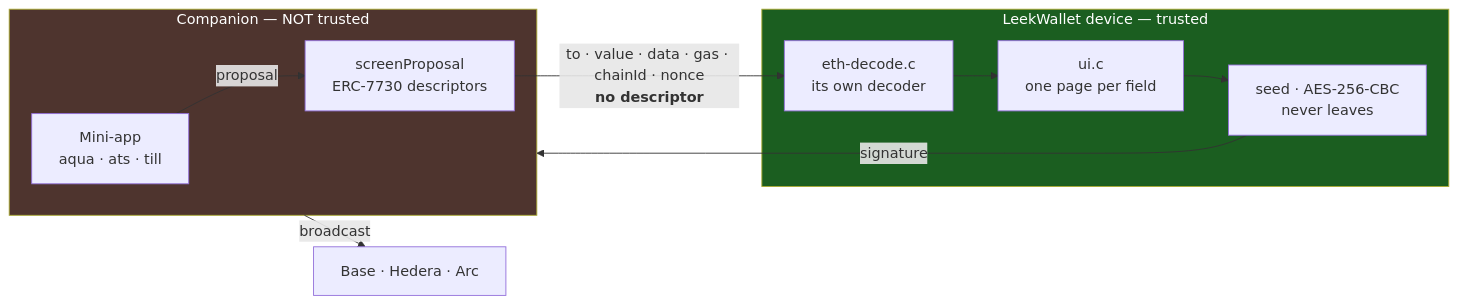
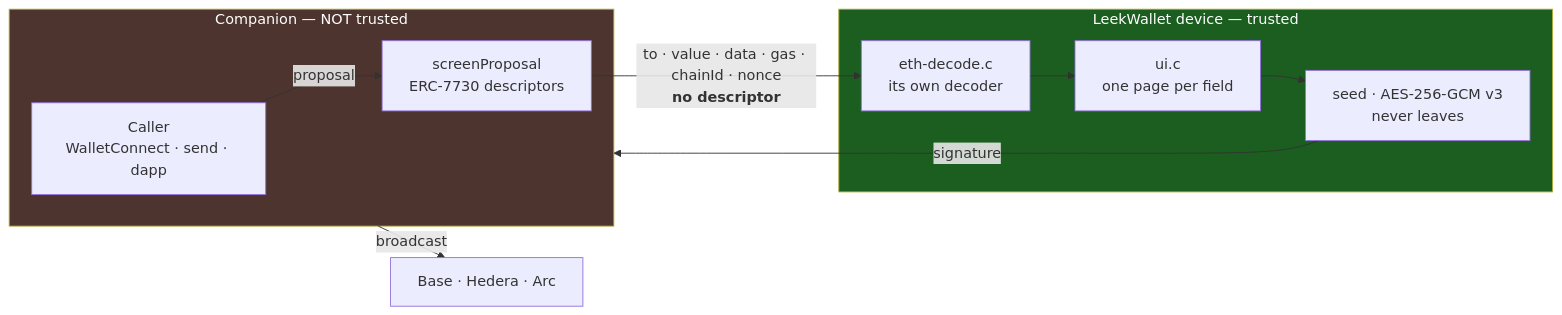
The first of 5 diagrams in docs/ARCHITECTURE.md (0xOucan/LeekWallet), drawn with Mermaid before and after one commit. The commit also changed other lines of this file, not shown here.

First line of the commit message:
Correct the architecture doc and place the QR path

````diff
--- a/docs/ARCHITECTURE.md
+++ b/docs/ARCHITECTURE.md
@@ -20,22 +20,22 @@
 ```mermaid
 flowchart LR
     subgraph HOST["Companion — NOT trusted"]
-        APP["Mini-app<br/>aqua · ats · till"]
+        APP["Caller<br/>WalletConnect · send · dapp"]
         SCREEN["screenProposal<br/>ERC-7730 descriptors"]
         APP -->|"proposal"| SCREEN
     end
 
     subgraph DEV["LeekWallet device — trusted"]
         DEC["eth-decode.c<br/>its own decoder"]
         PAGES["ui.c<br/>one page per field"]
-        KEY["seed · AES-256-CBC<br/>never leaves"]
+        KEY["seed · AES-256-GCM v3<br/>never leaves"]
         DEC --> PAGES --> KEY
     end
 
     SCREEN -->|"to · value · data · gas · chainId · nonce<br/><b>no descriptor</b>"| DEC
     KEY -->|"signature"| HOST
     HOST -->|"broadcast"| CHAIN["Base · Hedera · Arc"]
 
     style DEV fill:#1b5e20,color:#fff
     style HOST fill:#4e342e,color:#fff
 ```
````
